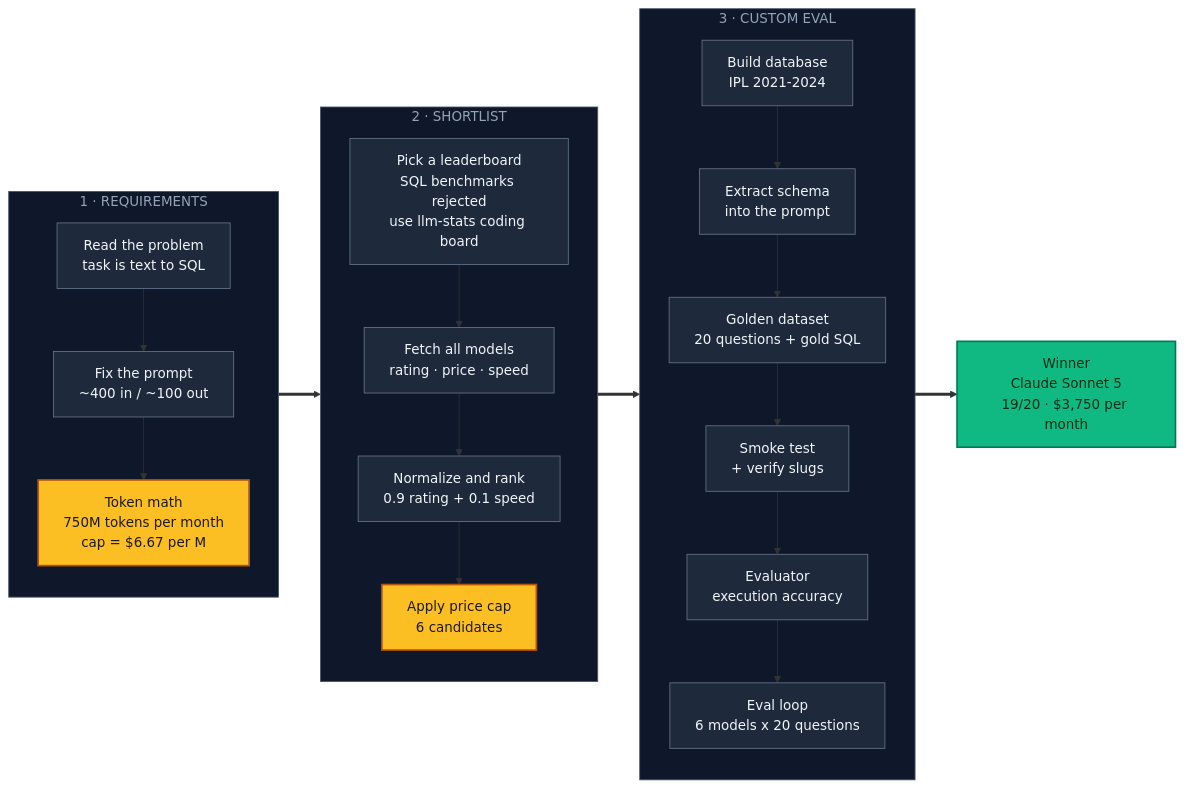
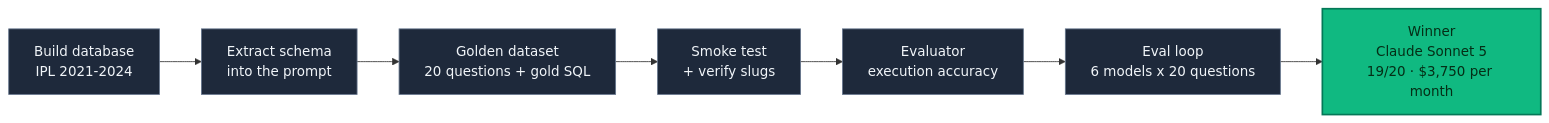
Before and after one commit to Spador/llm-model-eval: the third of 3 diagrams in README.md, drawn with Mermaid. The commit also changed other lines of this file, not shown here.

````diff
--- a/README.md
+++ b/README.md
@@ -37,38 +66,14 @@
 ```mermaid
 flowchart LR
-    subgraph P1[" 1 · REQUIREMENTS "]
-        direction TB
-        A[Read the problem<br/>task is text to SQL] --> B[Fix the prompt<br/>~400 in / ~100 out]
-        B --> C[Token math<br/>750M tokens per month<br/>cap = $6.67 per M]
-    end
-
-    subgraph P2[" 2 · SHORTLIST "]
-        direction TB
-        D[Pick a leaderboard<br/>SQL benchmarks rejected<br/>use llm-stats coding board] --> E[Fetch all models<br/>rating · price · speed]
-        E --> F[Normalize and rank<br/>0.9 rating + 0.1 speed]
-        F --> G[Apply price cap<br/>6 candidates]
-    end
-
-    subgraph P3[" 3 · CUSTOM EVAL "]
-        direction TB
-        H[Build database<br/>IPL 2021-2024] --> I[Extract schema<br/>into the prompt]
-        I --> J[Golden dataset<br/>20 questions + gold SQL]
-        J --> K[Smoke test<br/>+ verify slugs]
-        K --> L[Evaluator<br/>execution accuracy]
-        L --> M[Eval loop<br/>6 models x 20 questions]
-    end
-
-    C ==> D
-    G ==> H
-    M ==> N[Winner<br/>Claude Sonnet 5<br/>19/20 · $3,750 per month]
+    H[Build database<br/>IPL 2021-2024] --> I[Extract schema<br/>into the prompt]
+    I --> J[Golden dataset<br/>20 questions + gold SQL]
+    J --> K[Smoke test<br/>+ verify slugs]
+    K --> L[Evaluator<br/>execution accuracy]
+    L --> M[Eval loop<br/>6 models x 20 questions]
+    M --> N[Winner<br/>Claude Sonnet 5<br/>19/20 · $3,750 per month]
 
     classDef step fill:#1e293b,stroke:#64748b,stroke-width:1px,color:#f1f5f9
-    classDef gate fill:#fbbf24,stroke:#b45309,stroke-width:2px,color:#1c1917
     classDef win fill:#10b981,stroke:#047857,stroke-width:2px,color:#052e16
-    classDef phase fill:#0f172a,stroke:#475569,stroke-width:1px,color:#94a3b8
-
-    class A,B,D,E,F,H,I,J,K,L,M step
-    class C,G gate
+    class H,I,J,K,L,M step
     class N win
-    class P1,P2,P3 phase
 ```
````
